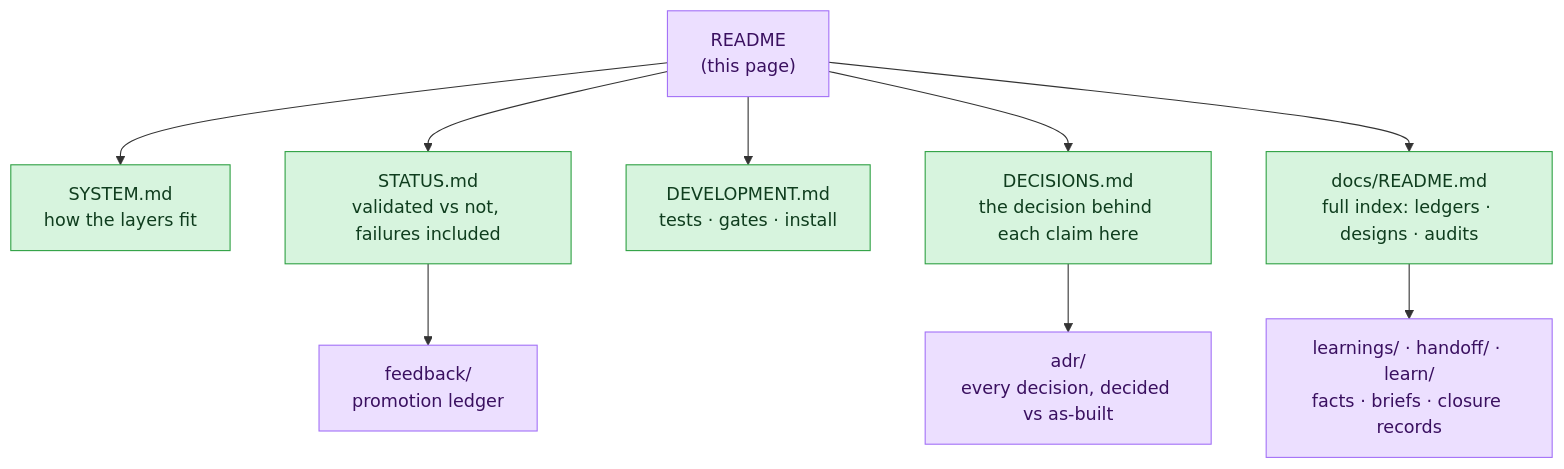
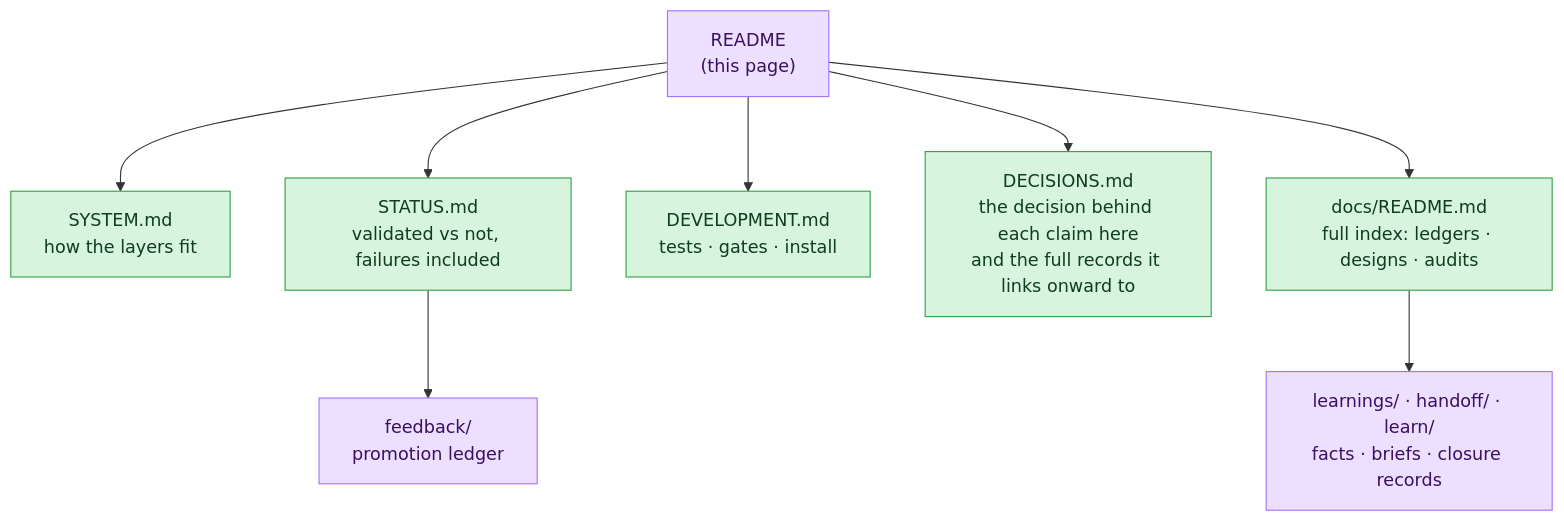
Before and after one commit to hossainpazooki/rigor: the eighth of 8 diagrams in README.md, drawn with Mermaid. The commit also changed 8 other files, not shown here.

Commit message:
docs: session-close handoff, five learnings, README diagram-label fix

````diff
--- a/README.md
+++ b/README.md
@@ -272,17 +272,16 @@
 ```mermaid
 flowchart TD
     README["README<br/>(this page)"] --> SYS["SYSTEM.md<br/>how the layers fit"]
     README --> ST["STATUS.md<br/>validated vs not, failures included"]
     README --> DEV["DEVELOPMENT.md<br/>tests · gates · install"]
-    README --> DEC["DECISIONS.md<br/>the decision behind each claim here"]
-    DEC --> ADR["adr/<br/>every decision, decided vs as-built"]
+    README --> DEC["DECISIONS.md<br/>the decision behind each claim here<br/>and the full records it links onward to"]
     ST --> FB["feedback/<br/>promotion ledger"]
     README --> IDX["docs/README.md<br/>full index: ledgers · designs · audits"]
     IDX --> LG["learnings/ · handoff/ · learn/<br/>facts · briefs · closure records"]
 
     classDef n fill:#ecdfff,stroke:#a371f7,color:#3a1060;
     classDef ok fill:#d7f4de,stroke:#2ea043,color:#0f3d1e;
     class README n;
     class SYS,ST,DEV,DEC,IDX ok;
-    class ADR,FB,LG n;
+    class FB,LG n;
 ```
````
